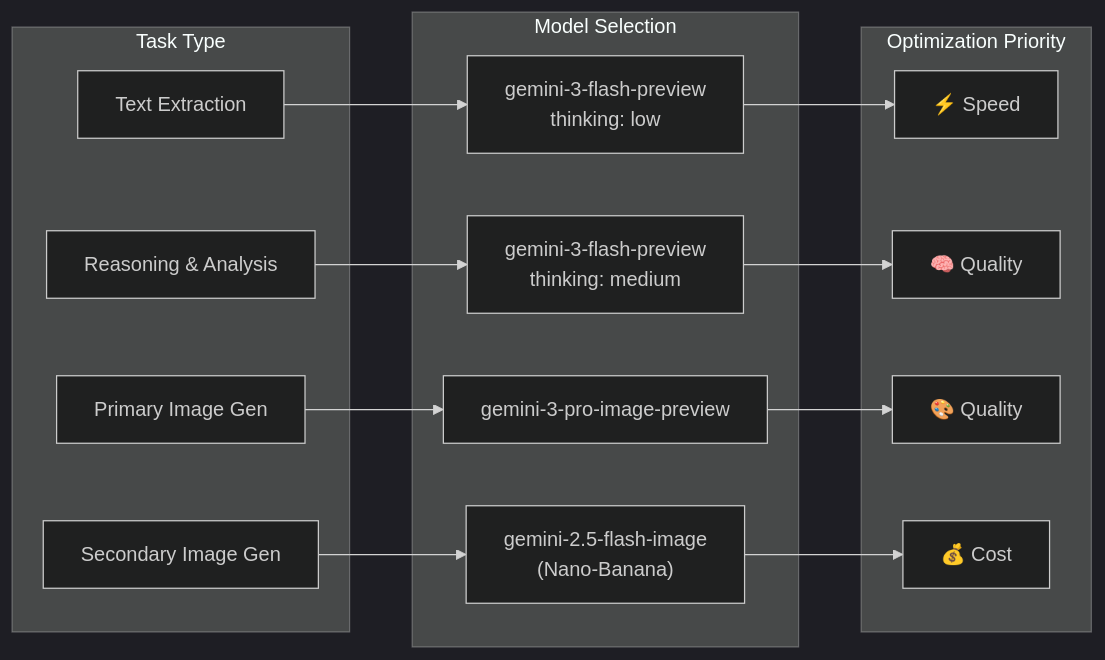
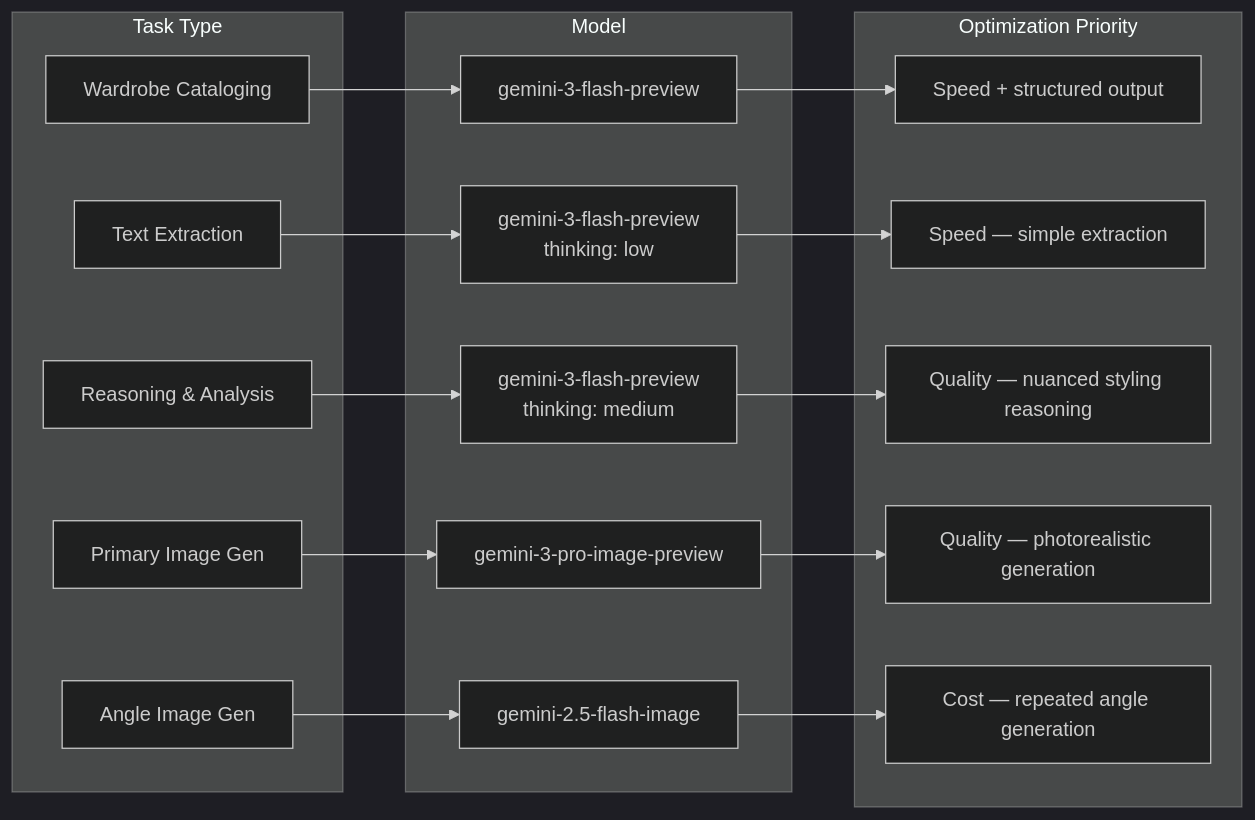
Before and after one commit to arsentievalex/spare-room-gemini3: the third of 5 diagrams in architecture.md, drawn with Mermaid (dark theme). The commit also changed other lines of this file and 12 other files, not shown here.

First line of the commit message:
Switch to GCS-based user data, per-request API keys, and extension setup flow

````diff
--- a/architecture.md
+++ b/architecture.md
@@ -157,28 +198,32 @@
 ```mermaid
 graph LR
     subgraph Task["Task Type"]
+        T0[Wardrobe Cataloging]
         T1[Text Extraction]
         T2[Reasoning & Analysis]
         T3[Primary Image Gen]
-        T4[Secondary Image Gen]
+        T4[Angle Image Gen]
     end
 
-    subgraph Model["Model Selection"]
+    subgraph Model["Model"]
+        M0["gemini-3-flash-preview"]
         M1["gemini-3-flash-preview<br/>thinking: low"]
         M2["gemini-3-flash-preview<br/>thinking: medium"]
         M3["gemini-3-pro-image-preview"]
-        M4["gemini-2.5-flash-image<br/>(Nano-Banana)"]
+        M4["gemini-2.5-flash-image"]
     end
 
-    subgraph Priority["Optimization Priority"]
-        P1[⚡ Speed]
-        P2[🧠 Quality]
-        P3[🎨 Quality]
-        P4[💰 Cost]
+    subgraph Why["Optimization Priority"]
+        P0["Speed + structured output"]
+        P1["Speed — simple extraction"]
+        P2["Quality — nuanced styling reasoning"]
+        P3["Quality — photorealistic generation"]
+        P4["Cost — repeated angle generation"]
     end
 
+    T0 --> M0 --> P0
     T1 --> M1 --> P1
     T2 --> M2 --> P2
     T3 --> M3 --> P3
     T4 --> M4 --> P4
 ```
````
